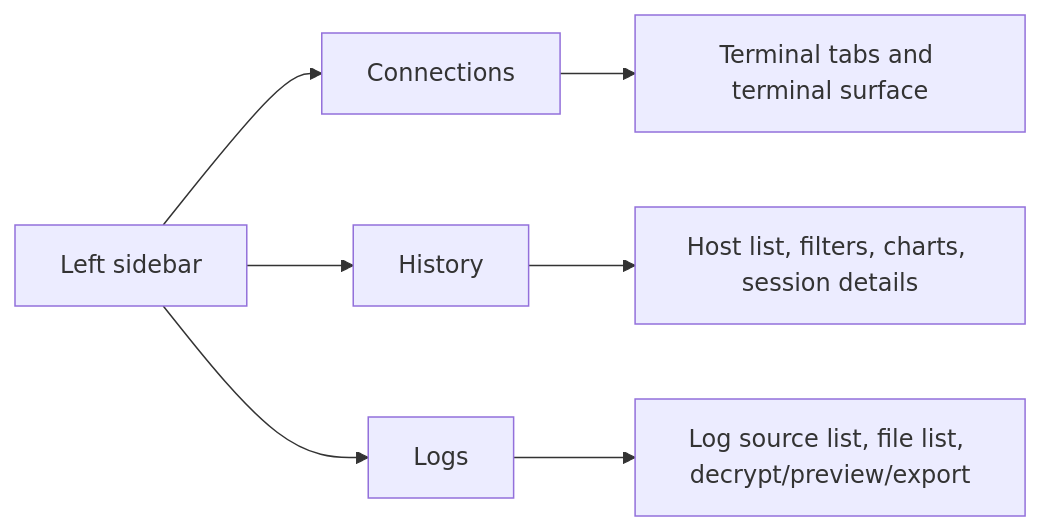
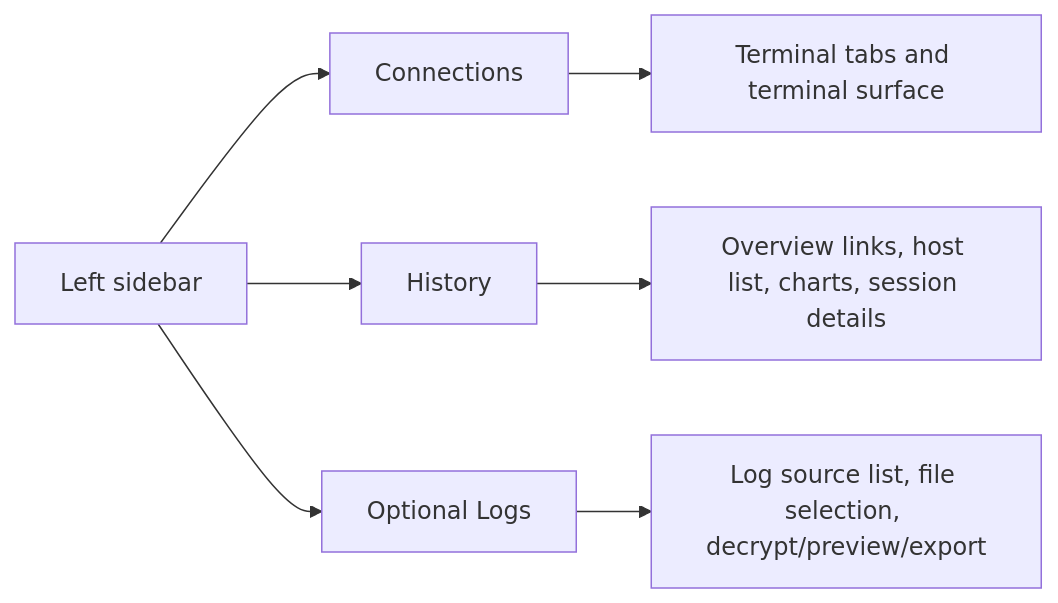
Before and after one commit to iridiumcao/iridium-remote: the diagram in doc/ui-design.md, drawn with Mermaid. The commit also changed other lines of this file and 14 other files, not shown here.

````diff
--- a/doc/ui-design.md
+++ b/doc/ui-design.md
@@ -12,9 +12,9 @@
 ```mermaid
 flowchart LR
     A[Left sidebar] --> B[Connections]
     A --> C[History]
-    A --> D[Logs]
+    A --> D[Optional Logs]
     B --> E[Terminal tabs and terminal surface]
-    C --> F[Host list, filters, charts, session details]
-    D --> G[Log source list, file list, decrypt/preview/export]
+    C --> F[Overview links, host list, charts, session details]
+    D --> G[Log source list, file selection, decrypt/preview/export]
 ```
````
